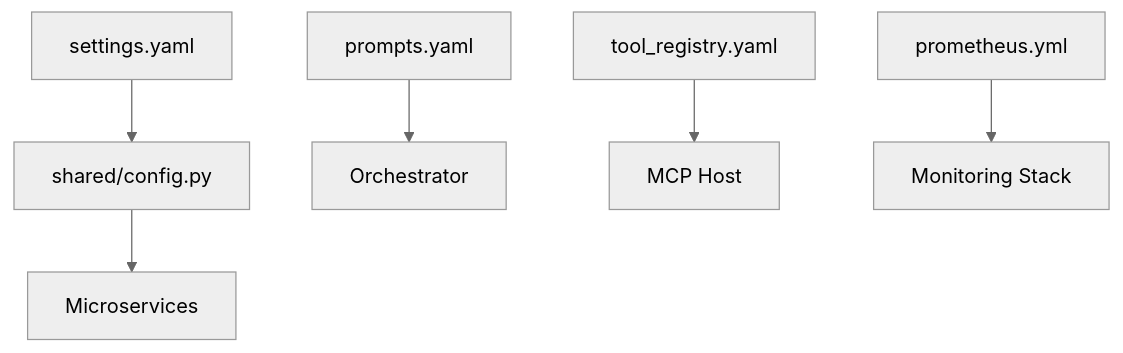
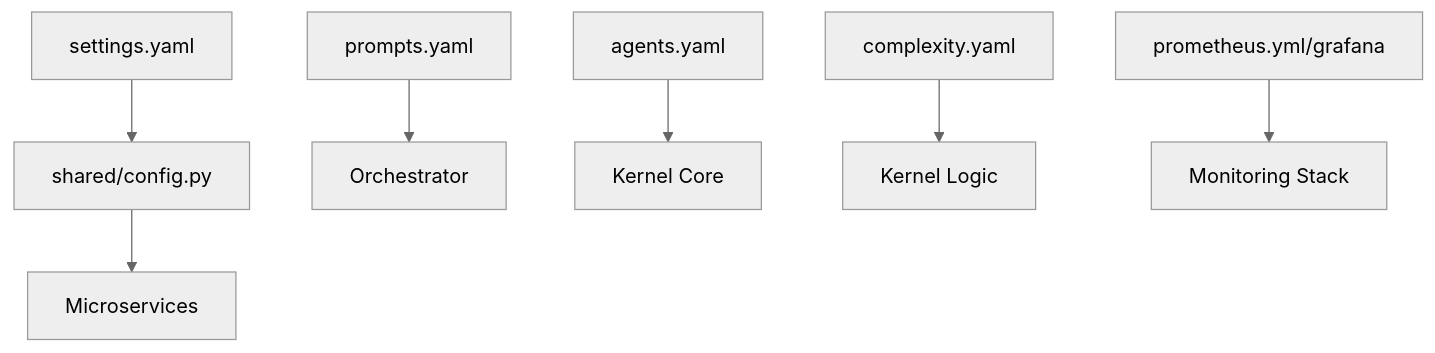
The diagram in configs/README.md (azzindani/Kea), drawn with Mermaid (neutral theme) before and after one commit. The commit also changed other lines of this file and 13 other files, not shown here.

````diff
--- a/configs/README.md
+++ b/configs/README.md
@@ -20,10 +21,11 @@
 ```mermaid
 graph TD
     YAML[settings.yaml] --> Config[shared/config.py]
     Config --> Services[Microservices]
     
     Prompts[prompts.yaml] --> Orch[Orchestrator]
-    Registry[tool_registry.yaml] --> Host[MCP Host]
+    Agents[agents.yaml] --> Kernel[Kernel Core]
+    Complexity[complexity.yaml] --> Logic[Kernel Logic]
     
-    Prometheus[prometheus.yml] --> Stack[Monitoring Stack]
+    Monitor[prometheus.yml/grafana] --> Stack[Monitoring Stack]
 ```
````
